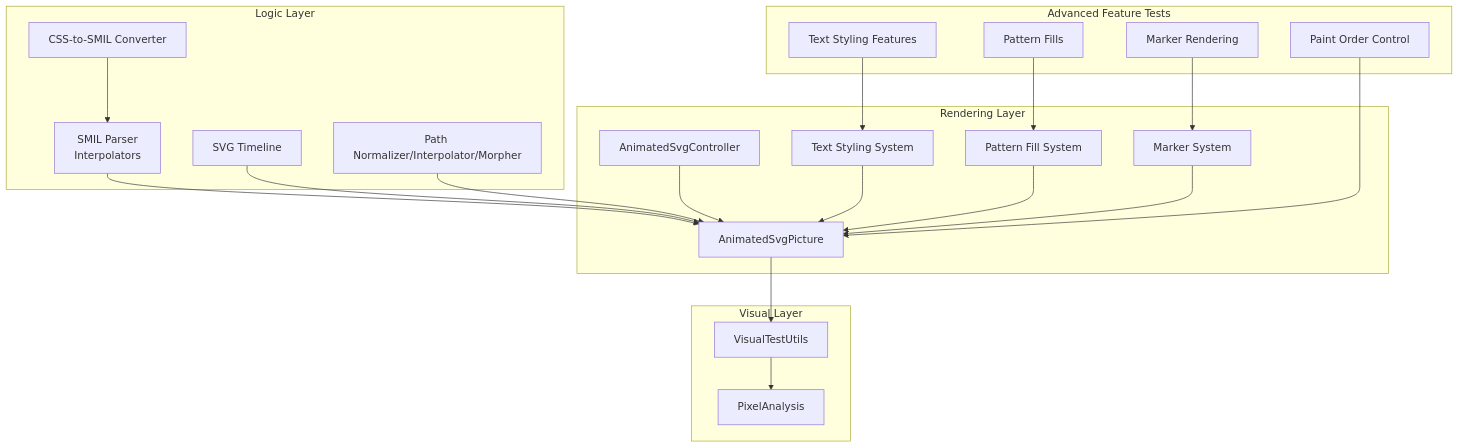
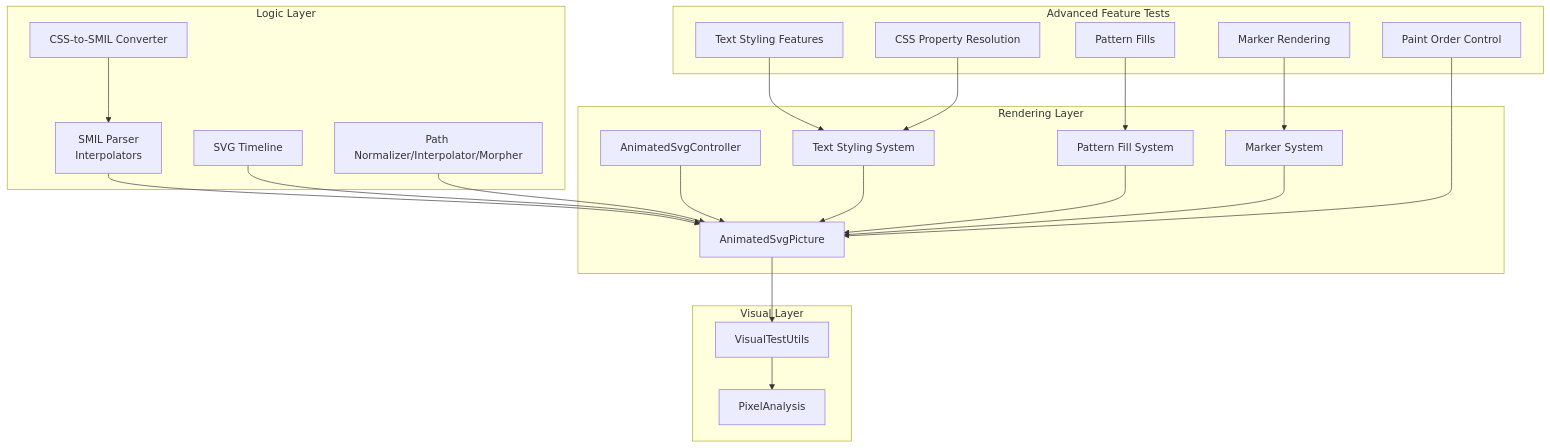
The second of 9 diagrams in .qoder/repowiki/en/content/Testing and Quality Assurance.md (denisnadey/flutter_full_svg_support), drawn with Mermaid before and after one commit. The commit also changed other lines of this file and 5 other files, not shown here.

````diff
--- a/.qoder/repowiki/en/content/Testing and Quality Assurance.md
+++ b/.qoder/repowiki/en/content/Testing and Quality Assurance.md
@@ -186,40 +216,42 @@
 ```mermaid
 graph TB
 subgraph "Logic Layer"
 L1["SMIL Parser<br/>Interpolators"]
 L2["SVG Timeline"]
 L3["CSS-to-SMIL Converter"]
 L4["Path Normalizer/Interpolator/Morpher"]
 end
 subgraph "Rendering Layer"
 R1["AnimatedSvgPicture"]
 R2["AnimatedSvgController"]
 R3["Text Styling System"]
 R4["Pattern Fill System"]
 R5["Marker System"]
 end
 subgraph "Visual Layer"
 V1["VisualTestUtils"]
 V2["PixelAnalysis"]
 end
 subgraph "Advanced Feature Tests"
 AF1["Marker Rendering"]
 AF2["Paint Order Control"]
 AF3["Pattern Fills"]
 AF4["Text Styling Features"]
+AF5["CSS Property Resolution"]
 end
 L1 --> R1
 L2 --> R1
 L3 --> L1
 L4 --> R1
 R2 --> R1
 R3 --> R1
 R4 --> R1
 R5 --> R1
 R1 --> V1
 V1 --> V2
 AF1 --> R5
 AF2 --> R1
 AF3 --> R4
 AF4 --> R3
+AF5 --> R3
 ```
````
